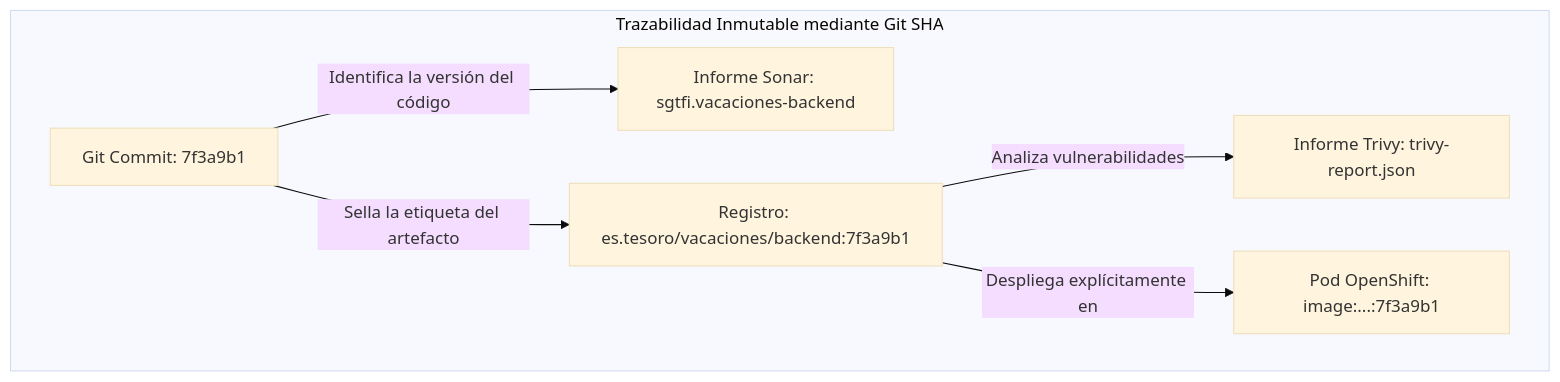
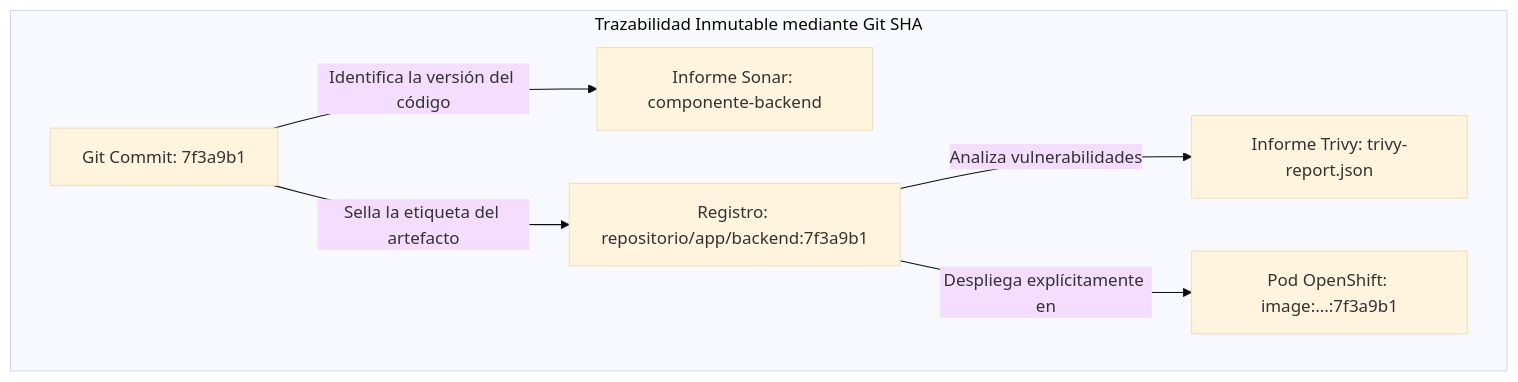
Before and after one commit to ieftraining/curso-openshift: the second of 6 diagrams in docs/sesion4/4.7 Opciones de automatizacion.md, drawn with Mermaid (base theme). The commit also changed other lines of this file, not shown here.

````diff
--- a/docs/sesion4/4.7 Opciones de automatizacion.md
+++ b/docs/sesion4/4.7 Opciones de automatizacion.md
@@ -56,9 +56,9 @@
 ```mermaid
 flowchart TD
     subgraph Trazabilidad Inmutable mediante Git SHA
-        GitCommit[Git Commit: 7f3a9b1] -->|Identifica la versión del código| SonarReport[Informe Sonar: sgtfi.vacaciones-backend]
-        GitCommit -->|Sella la etiqueta del artefacto| NexusImage[Registro: es.tesoro/vacaciones/backend:7f3a9b1]
+        GitCommit[Git Commit: 7f3a9b1] -->|Identifica la versión del código| SonarReport[Informe Sonar: componente-backend]
+        GitCommit -->|Sella la etiqueta del artefacto| NexusImage[Registro: repositorio/app/backend:7f3a9b1]
         NexusImage -->|Analiza vulnerabilidades| TrivyReport[Informe Trivy: trivy-report.json]
         NexusImage -->|Despliega explícitamente en| OCPPod[Pod OpenShift: image:...:7f3a9b1]
     end
 ```
````
